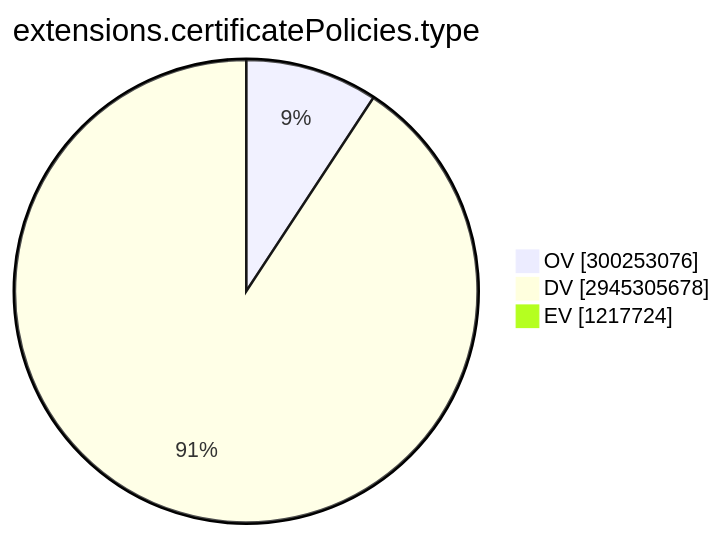
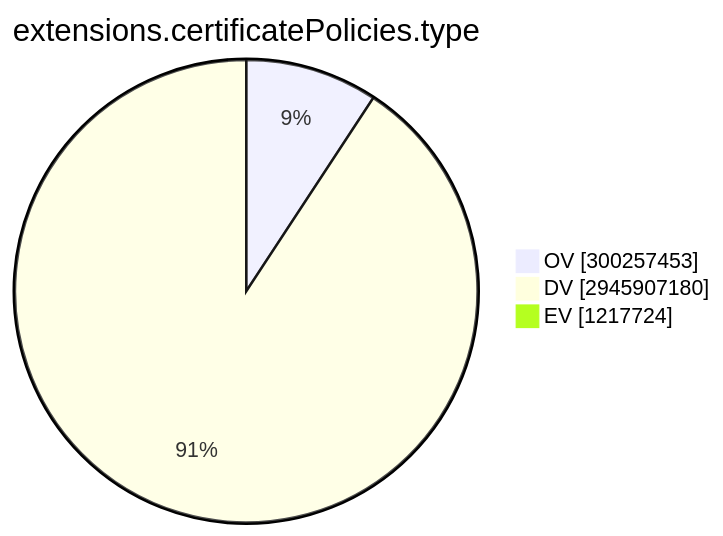
The ninth of 15 diagrams in TOTAL/README.md (christiankrug/ctmonitor_visualization), drawn with Mermaid before and after one commit. The commit also changed other lines of this file, not shown here.

````diff
--- a/TOTAL/README.md
+++ b/TOTAL/README.md
@@ -3101,7 +3101,7 @@
 ```mermaid
 pie showData
 title extensions.certificatePolicies.type
-"OV" :300253076
-"DV" :2945305678
+"OV" :300257453
+"DV" :2945907180
 "EV" :1217724
 ```
````
